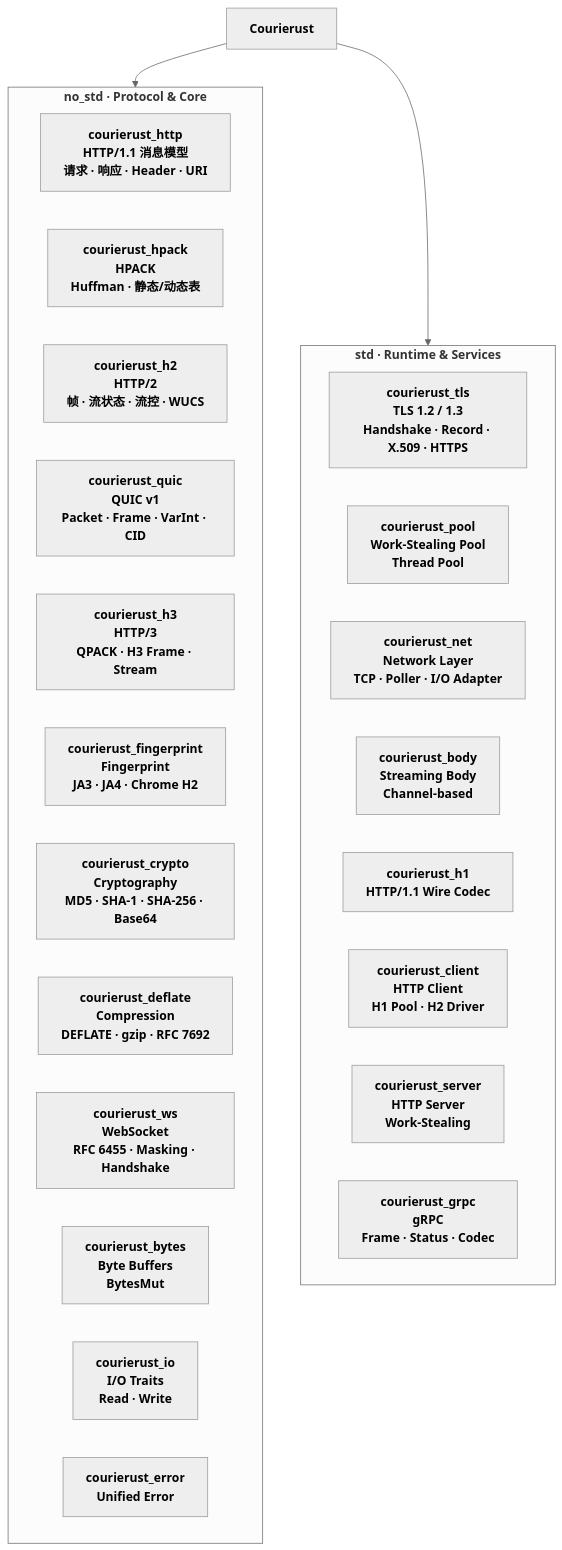
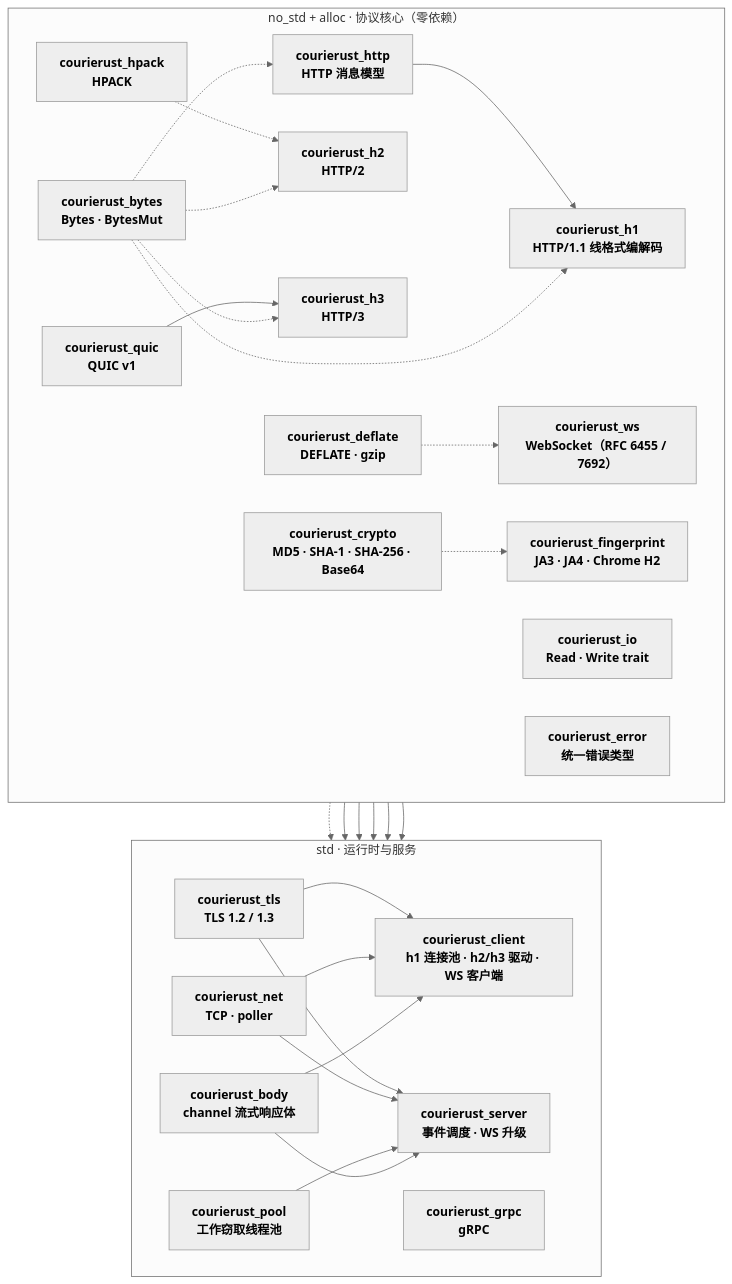
The diagram in README_CN.md (blueokanna/Courierust), drawn with Mermaid (neutral theme) before and after one commit. The commit also changed other lines of this file and 43 other files, not shown here.

First line of the commit message:
Update documentation and examples for gRPC, HTTP, and no_std modules

````diff
--- a/README_CN.md
+++ b/README_CN.md
@@ -318,66 +380,73 @@
 ```mermaid
 flowchart TB
 
-    ROOT["Courierust"]
-
-    ROOT --> CORE
-    ROOT --> RUNTIME
-
-    subgraph CORE["no_std · Protocol & Core"]
+    %% ==================================================
+    %% 协议核心：no_std + alloc，零依赖
+    %% ==================================================
+    subgraph CORE["no_std + alloc · 协议核心（零依赖）"]
         direction LR
 
-        HTTP["courierust_http<br/>HTTP/1.1 消息模型<br/>请求 · 响应 · Header · URI"]
-
-        HPACK["courierust_hpack<br/>HPACK<br/>Huffman · 静态/动态表"]
-
-        H2["courierust_h2<br/>HTTP/2<br/>帧 · 流状态 · 流控 · WUCS"]
-
-        QUIC["courierust_quic<br/>QUIC v1<br/>Packet · Frame · VarInt · CID"]
-
-        H3["courierust_h3<br/>HTTP/3<br/>QPACK · H3 Frame · Stream"]
-
-        FP["courierust_fingerprint<br/>Fingerprint<br/>JA3 · JA4 · Chrome H2"]
-
-        CRYPTO["courierust_crypto<br/>Cryptography<br/>MD5 · SHA-1 · SHA-256 · Base64"]
-
-        DEFLATE["courierust_deflate<br/>Compression<br/>DEFLATE · gzip · RFC 7692"]
-
-        WS["courierust_ws<br/>WebSocket<br/>RFC 6455 · Masking · Handshake"]
-
-        BYTES["courierust_bytes<br/>Byte Buffers<br/>BytesMut"]
-
-        IO["courierust_io<br/>I/O Traits<br/>Read · Write"]
-
-        ERROR["courierust_error<br/>Unified Error"]
+        HTTP["courierust_http<br/>HTTP 消息模型"]
+        H1["courierust_h1<br/>HTTP/1.1 线格式编解码"]
+        HPACK["courierust_hpack<br/>HPACK"]
+        H2["courierust_h2<br/>HTTP/2"]
+        QUIC["courierust_quic<br/>QUIC v1"]
+        H3["courierust_h3<br/>HTTP/3"]
+        WS["courierust_ws<br/>WebSocket（RFC 6455 / 7692）"]
+        DEFLATE["courierust_deflate<br/>DEFLATE · gzip"]
+        FP["courierust_fingerprint<br/>JA3 · JA4 · Chrome H2"]
+        CRYPTO["courierust_crypto<br/>MD5 · SHA-1 · SHA-256 · Base64"]
+        BYTES["courierust_bytes<br/>Bytes · BytesMut"]
+        IO["courierust_io<br/>Read · Write trait"]
+        ERR["courierust_error<br/>统一错误类型"]
     end
 
-
-    subgraph RUNTIME["std · Runtime & Services"]
+    %% ==================================================
+    %% 运行时：仅 std
+    %% ==================================================
+    subgraph RUNTIME["std · 运行时与服务"]
         direction LR
 
-        TLS["courierust_tls<br/>TLS 1.2 / 1.3<br/>Handshake · Record · X.509 · HTTPS"]
-
-        POOL["courierust_pool<br/>Work-Stealing Pool<br/>Thread Pool"]
-
-        NET["courierust_net<br/>Network Layer<br/>TCP · Poller · I/O Adapter"]
-
-        BODY["courierust_body<br/>Streaming Body<br/>Channel-based"]
-
-        H1["courierust_h1<br/>HTTP/1.1 Wire Codec"]
-
-        CLIENT["courierust_client<br/>HTTP Client<br/>H1 Pool · H2 Driver"]
-
-        SERVER["courierust_server<br/>HTTP Server<br/>Work-Stealing"]
-
-        GRPC["courierust_grpc<br/>gRPC<br/>Frame · Status · Codec"]
+        TLS["courierust_tls<br/>TLS 1.2 / 1.3"]
+        NET["courierust_net<br/>TCP · poller"]
+        POOL["courierust_pool<br/>工作窃取线程池"]
+        BODY["courierust_body<br/>channel 流式响应体"]
+        CLIENT["courierust_client<br/>h1 连接池 · h2/h3 驱动 · WS 客户端"]
+        SERVER["courierust_server<br/>事件调度 · WS 升级"]
+        GRPC["courierust_grpc<br/>gRPC"]
     end
 
+    %% ==================================================
+    %% 依赖关系
+    %% ==================================================
+    HTTP --> H1
+    HPACK -.-> H2
+    QUIC --> H3
+    DEFLATE -.-> WS
+    CRYPTO -.-> FP
 
-    classDef root font-weight:bold,font-size:16px;
+    BYTES -.-> HTTP
+    BYTES -.-> H1
+    BYTES -.-> H2
+    BYTES -.-> H3
+    IO -.-> NET
+
+    H1 --> CLIENT
+    H1 --> SERVER
+    H2 --> CLIENT
+    H2 --> GRPC
+    H3 --> CLIENT
+    TLS --> CLIENT
+    TLS --> SERVER
+    NET --> CLIENT
+    NET --> SERVER
+    POOL --> SERVER
+    BODY --> CLIENT
+    BODY --> SERVER
+
     classDef core font-weight:bold;
     classDef runtime font-weight:bold;
 
-    class ROOT root;
-    class HTTP,HPACK,H2,QUIC,H3,FP,CRYPTO,DEFLATE,WS,BYTES,IO,ERROR core;
-    class TLS,POOL,NET,BODY,H1,CLIENT,SERVER,GRPC runtime;
+    class HTTP,H1,HPACK,H2,QUIC,H3,WS,DEFLATE,FP,CRYPTO,BYTES,IO,ERR core;
+    class TLS,NET,POOL,BODY,CLIENT,SERVER,GRPC runtime;
 ```
````
